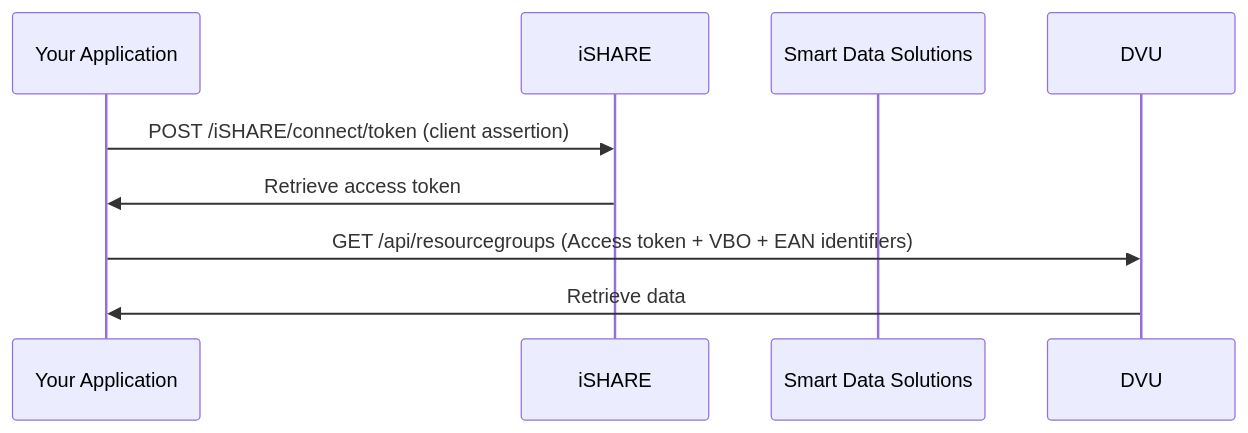
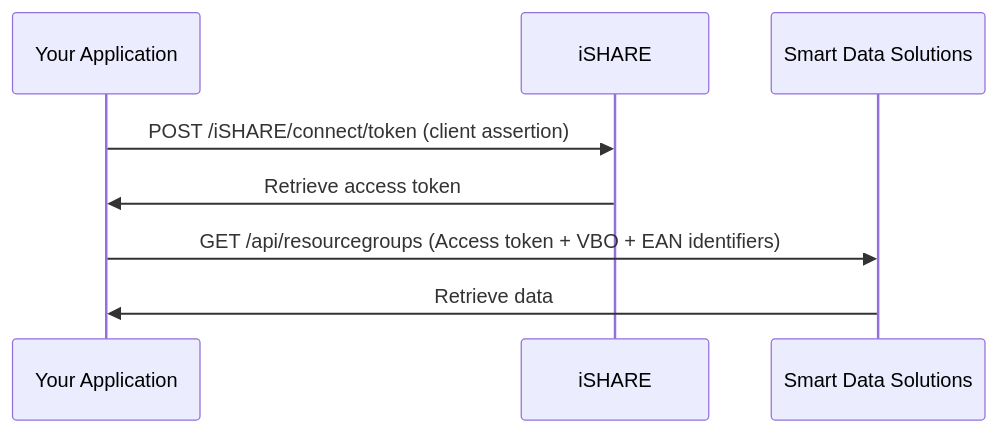
Before and after one commit to POORT8/Poort8.Docs: the diagram in dvu/sds-data-retrieval.md, drawn with Mermaid.

Commit message:
Deploy dvu docs: bcc59505254e315660cb70ba7cb0f2aec7c79f57

````diff
--- a/dvu/sds-data-retrieval.md
+++ b/dvu/sds-data-retrieval.md
@@ -9,10 +9,10 @@
 ```mermaid
 sequenceDiagram
     participant App as Your Application
     participant Assertor as iSHARE
     participant SDS as Smart Data Solutions
     App->>Assertor: POST /iSHARE/connect/token (client assertion)
     Assertor->>App: Retrieve access token
-    App->>DVU: GET /api/resourcegroups (Access token + VBO + EAN identifiers)
-    DVU->>App: Retrieve data
+    App->>SDS: GET /api/resourcegroups (Access token + VBO + EAN identifiers)
+    SDS->>App: Retrieve data
 ```
````
